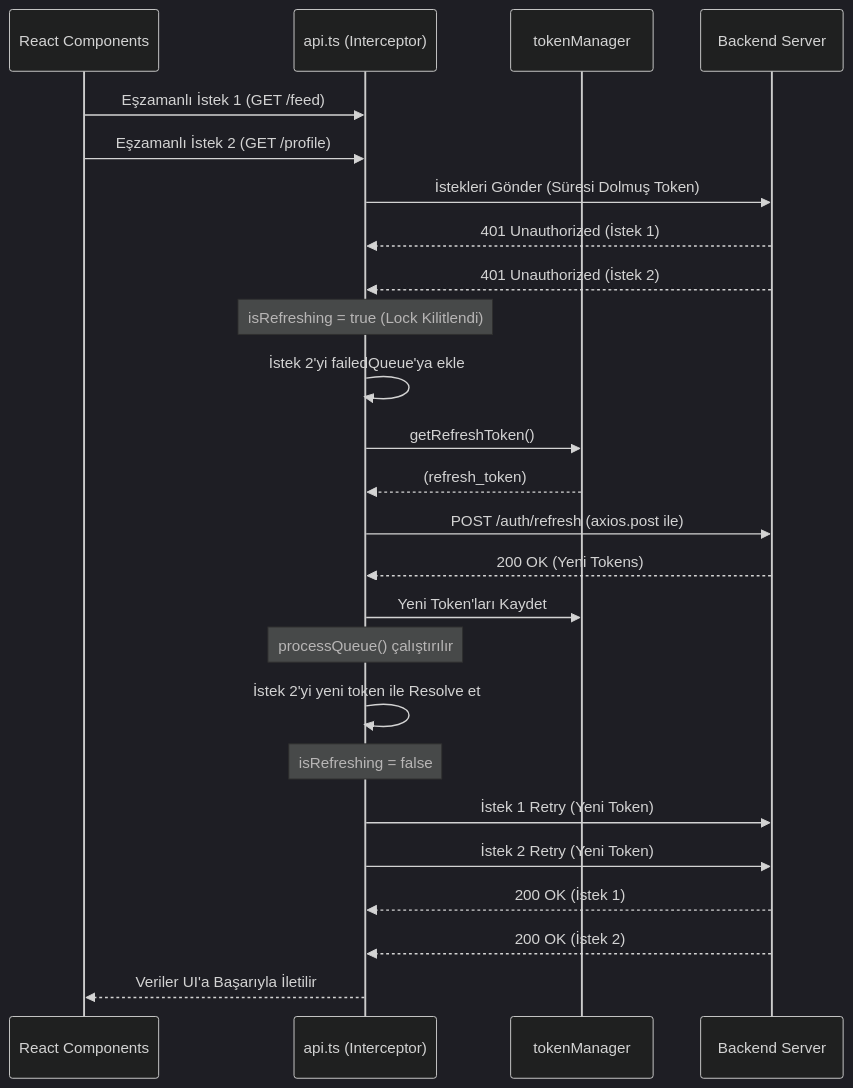
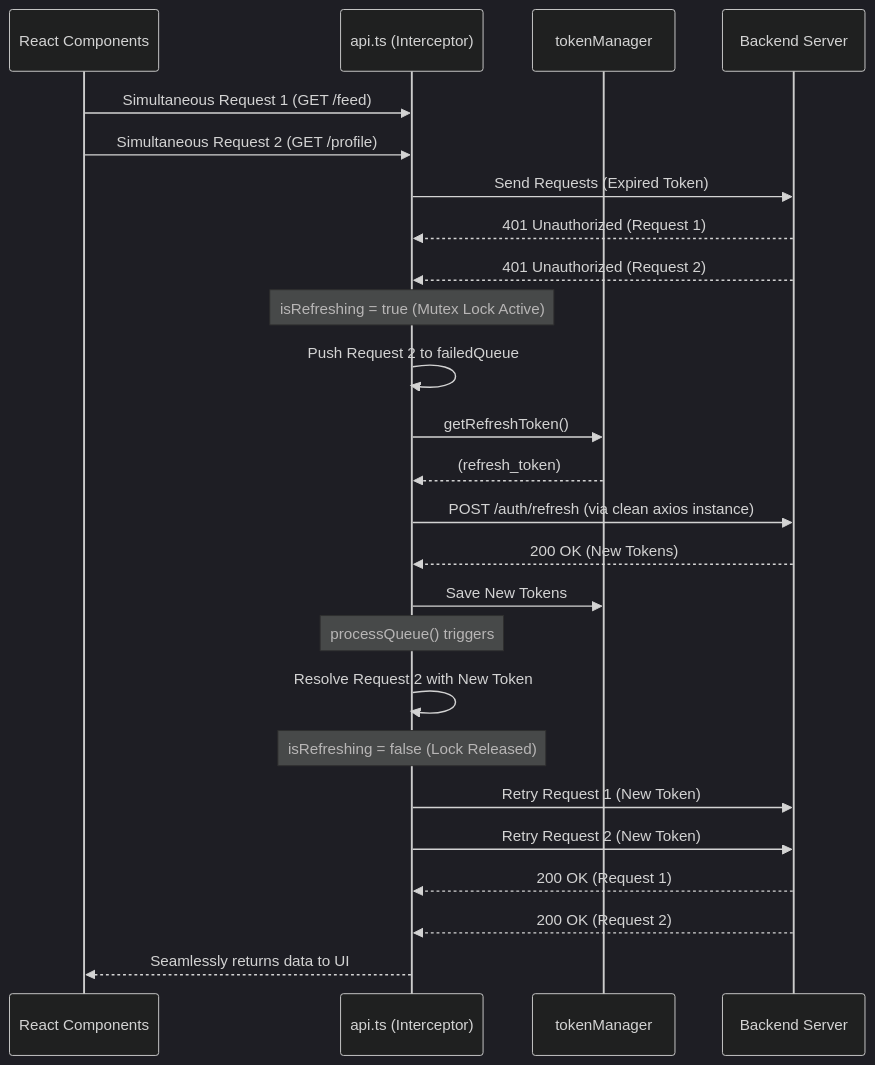
One commit to atakanotur/react-native-boilerplate changed the second of 2 diagrams in README.md. Above: the diagram before and after it, drawn with Mermaid (dark theme). The commit also changed other lines of this file and 26 other files, not shown here.

First line of the commit message:
Add full auth flow, screens & token handling

````diff
--- a/README.md
+++ b/README.md
@@ -124,34 +143,34 @@
 ```mermaid
 sequenceDiagram
     participant UI as React Components
     participant Axios as api.ts (Interceptor)
     participant TokenMgr as tokenManager
     participant API as Backend Server
 
-    UI->>Axios: Eşzamanlı İstek 1 (GET /feed)
-    UI->>Axios: Eşzamanlı İstek 2 (GET /profile)
-    Axios->>API: İstekleri Gönder (Süresi Dolmuş Token)
+    UI->>Axios: Simultaneous Request 1 (GET /feed)
+    UI->>Axios: Simultaneous Request 2 (GET /profile)
+    Axios->>API: Send Requests (Expired Token)
     
-    API-->>Axios: 401 Unauthorized (İstek 1)
-    API-->>Axios: 401 Unauthorized (İstek 2)
+    API-->>Axios: 401 Unauthorized (Request 1)
+    API-->>Axios: 401 Unauthorized (Request 2)
     
-    Note over Axios: isRefreshing = true (Lock Kilitlendi)
-    Axios->>Axios: İstek 2'yi failedQueue'ya ekle
+    Note over Axios: isRefreshing = true (Mutex Lock Active)
+    Axios->>Axios: Push Request 2 to failedQueue
     
     Axios->>TokenMgr: getRefreshToken()
     TokenMgr-->>Axios: (refresh_token)
-    Axios->>API: POST /auth/refresh (axios.post ile)
-    API-->>Axios: 200 OK (Yeni Tokens)
+    Axios->>API: POST /auth/refresh (via clean axios instance)
+    API-->>Axios: 200 OK (New Tokens)
     
-    Axios->>TokenMgr: Yeni Token'ları Kaydet
+    Axios->>TokenMgr: Save New Tokens
     
-    Note over Axios: processQueue() çalıştırılır
-    Axios->>Axios: İstek 2'yi yeni token ile Resolve et
-    Note over Axios: isRefreshing = false
+    Note over Axios: processQueue() triggers
+    Axios->>Axios: Resolve Request 2 with New Token
+    Note over Axios: isRefreshing = false (Lock Released)
     
-    Axios->>API: İstek 1 Retry (Yeni Token)
-    Axios->>API: İstek 2 Retry (Yeni Token)
-    API-->>Axios: 200 OK (İstek 1)
-    API-->>Axios: 200 OK (İstek 2)
-    Axios-->>UI: Veriler UI'a Başarıyla İletilir
+    Axios->>API: Retry Request 1 (New Token)
+    Axios->>API: Retry Request 2 (New Token)
+    API-->>Axios: 200 OK (Request 1)
+    API-->>Axios: 200 OK (Request 2)
+    Axios-->>UI: Seamlessly returns data to UI
 ```
````
